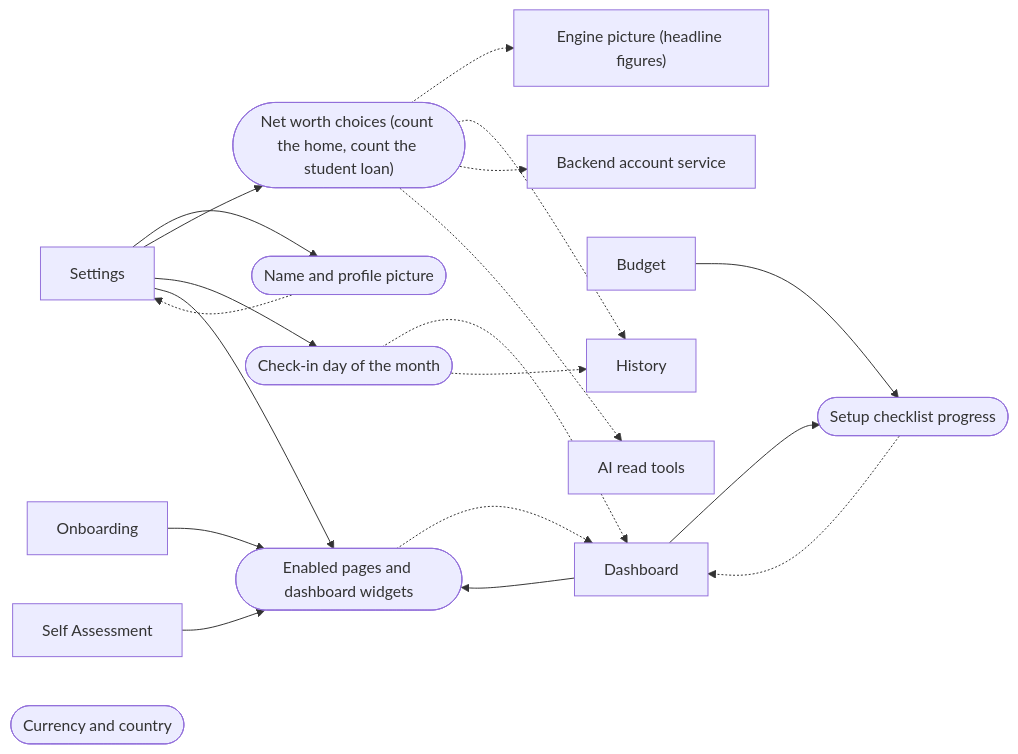
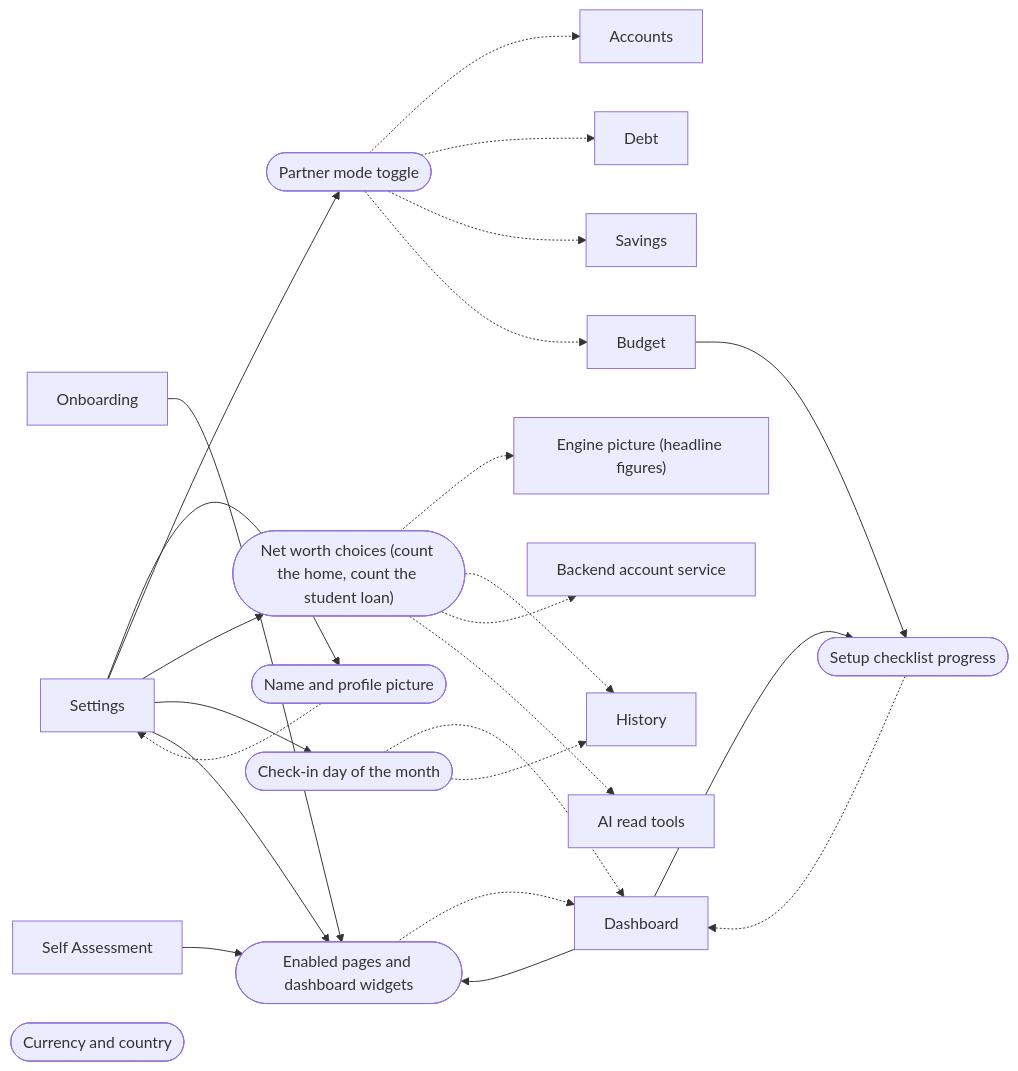
The fourth of 8 diagrams in docs/system/generated/connections.md (mgallagher56/flump), drawn with Mermaid before and after one commit. The commit also changed 42 other files, not shown here.

Commit message:
feat(profile): add Partner mode toggle gating joint ownership UI

````diff
--- a/docs/system/generated/connections.md
+++ b/docs/system/generated/connections.md
@@ -368,36 +368,45 @@
 ```mermaid
 flowchart LR
   s_onboarding["Onboarding"]
   s_dashboard["Dashboard"]
+  s_accounts["Accounts"]
   s_history["History"]
   s_budget["Budget"]
+  s_savings["Savings"]
+  s_debt["Debt"]
   s_self_assessment["Self Assessment"]
   s_settings["Settings"]
   s_picture["Engine picture (headline figures)"]
   s_account_service["Backend account service"]
   s_mcp_read["AI read tools"]
   f_name_and_avatar(["Name and profile picture"])
   s_settings --> f_name_and_avatar
   f_name_and_avatar -.-> s_settings
+  f_partner_mode(["Partner mode toggle"])
+  s_settings --> f_partner_mode
+  f_partner_mode -.-> s_accounts
+  f_partner_mode -.-> s_debt
+  f_partner_mode -.-> s_savings
+  f_partner_mode -.-> s_budget
   f_net_worth_choices(["Net worth choices (count the home, count the student loan)"])
   s_settings --> f_net_worth_choices
   f_net_worth_choices -.-> s_picture
   f_net_worth_choices -.-> s_history
   f_net_worth_choices -.-> s_account_service
   f_net_worth_choices -.-> s_mcp_read
   f_check_in_day(["Check-in day of the month"])
   s_settings --> f_check_in_day
   f_check_in_day -.-> s_dashboard
   f_check_in_day -.-> s_history
   f_enabled_pages_and_widgets(["Enabled pages and dashboard widgets"])
   s_settings --> f_enabled_pages_and_widgets
   s_onboarding --> f_enabled_pages_and_widgets
   s_self_assessment --> f_enabled_pages_and_widgets
   s_dashboard --> f_enabled_pages_and_widgets
   f_enabled_pages_and_widgets -.-> s_dashboard
   f_setup_checklist(["Setup checklist progress"])
   s_dashboard --> f_setup_checklist
   s_budget --> f_setup_checklist
   f_setup_checklist -.-> s_dashboard
   f_currency_and_country(["Currency and country"])
 ```
````
